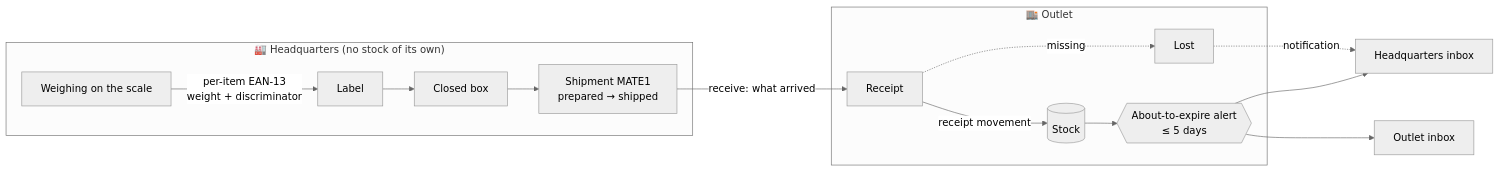
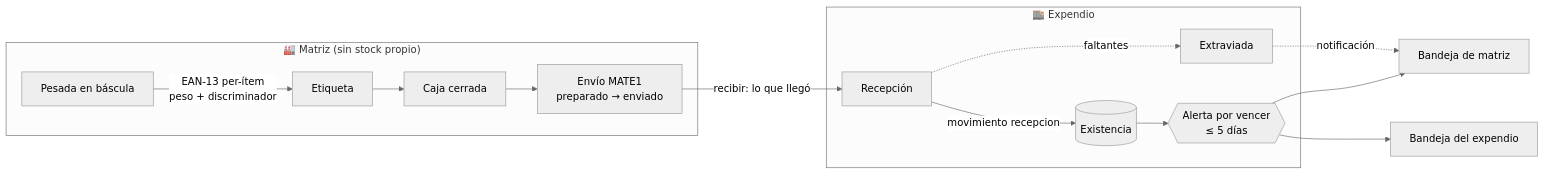
Before and after one commit to Chidaruma696/ToyPOS: the first of 2 diagrams in README.md, drawn with Mermaid (neutral theme). The commit also changed other lines of this file and 2 other files, not shown here.

````diff
--- a/README.md
+++ b/README.md
@@ -75,17 +75,17 @@
 ```mermaid
 flowchart LR
-    subgraph M["🏭 Headquarters (no stock of its own)"]
-        P[Weighing on the scale] -->|per-item EAN-13<br/>weight + discriminator| E[Label]
-        E --> C[Closed box]
-        C --> EN[Shipment MATE1<br/>prepared → shipped]
+    subgraph M["🏭 Matriz (sin stock propio)"]
+        P[Pesada en báscula] -->|EAN-13 per-ítem<br/>peso + discriminador| E[Etiqueta]
+        E --> C[Caja cerrada]
+        C --> EN[Envío MATE1<br/>preparado → enviado]
     end
-    EN -->|receive: what arrived| R
-    subgraph X["🏬 Outlet"]
-        R[Receipt] -->|receipt movement| S[(Stock)]
-        R -.->|missing| L[Lost]
-        S --> A{{"About-to-expire alert<br/>≤ 5 days"}}
+    EN -->|recibir: lo que llegó| R
+    subgraph X["🏬 Expendio"]
+        R[Recepción] -->|movimiento recepcion| S[(Existencia)]
+        R -.->|faltantes| L[Extraviada]
+        S --> A{{"Alerta por vencer<br/>≤ 5 días"}}
     end
-    L -.->|notification| N[Headquarters inbox]
+    L -.->|notificación| N[Bandeja de matriz]
     A --> N
-    A --> NX[Outlet inbox]
+    A --> NX[Bandeja del expendio]
 ```
````
